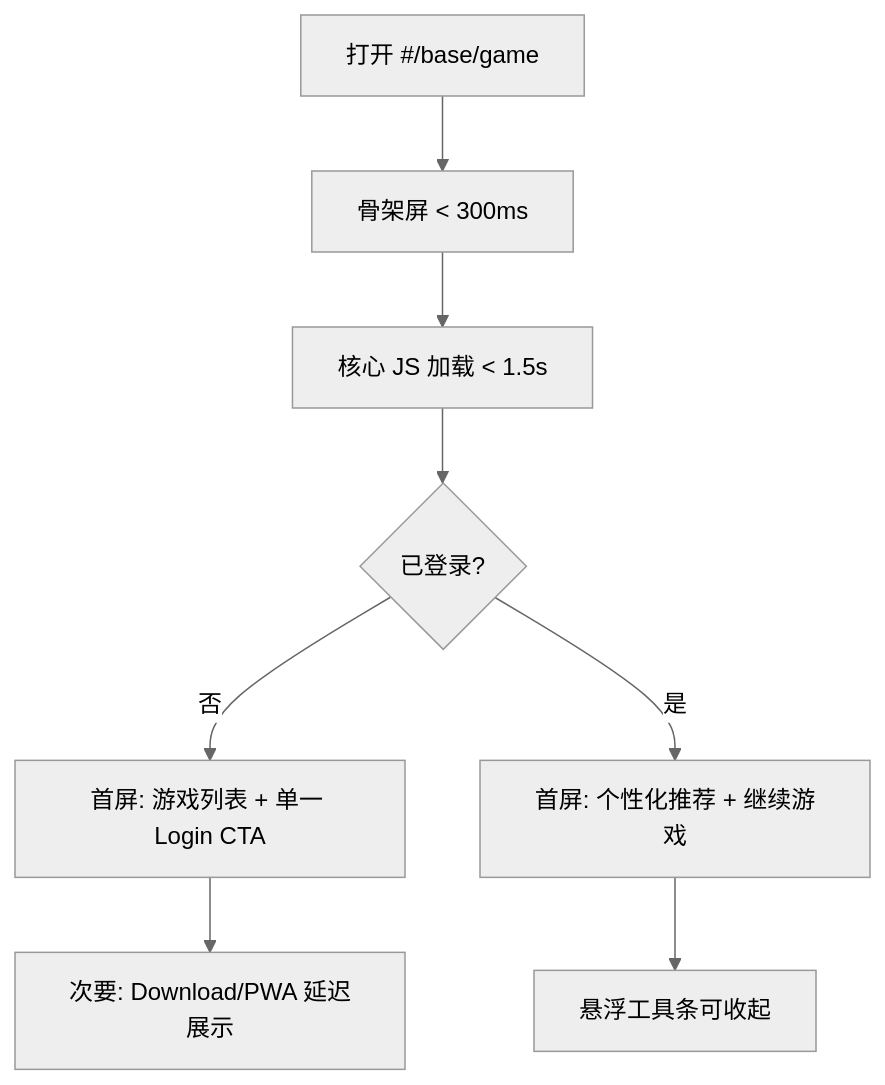
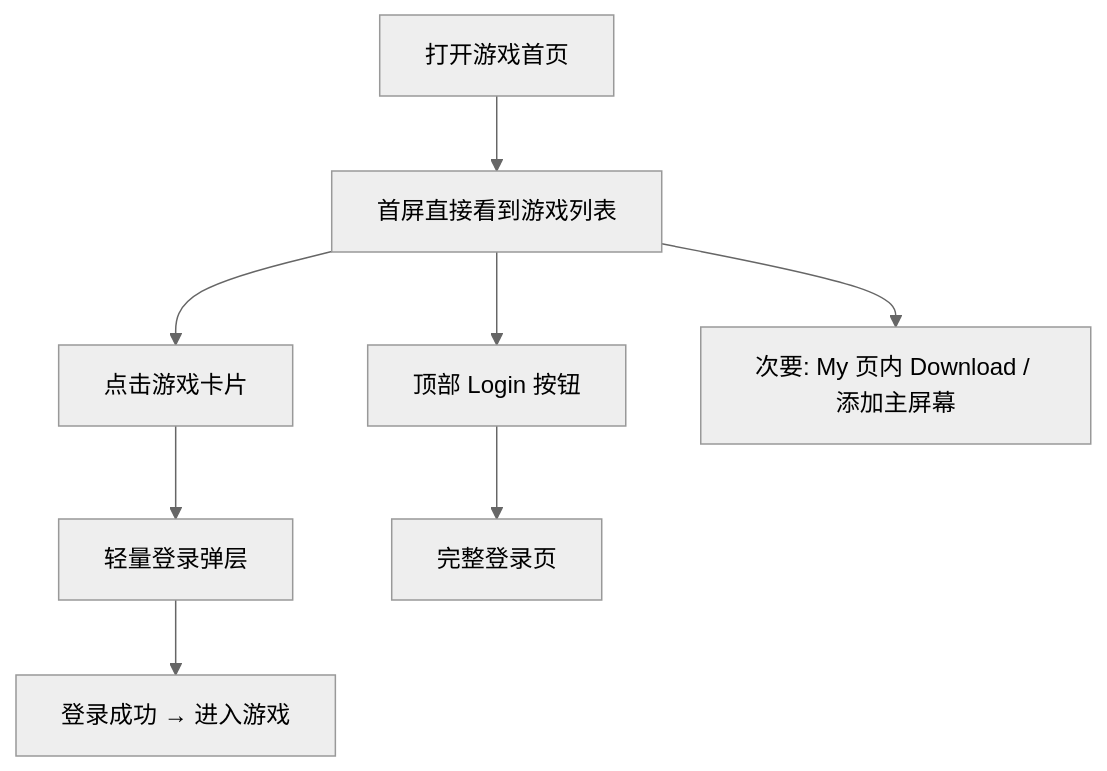
One commit to petty2026/suibian001 changed the second of 2 diagrams in docs/kingkong-review/OPTIMIZATION_REPORT.md. Above: the diagram before and after it, drawn with Mermaid (neutral theme). The commit also changed other lines of this file and 1 other file, not shown here.

````diff
--- a/docs/kingkong-review/OPTIMIZATION_REPORT.md
+++ b/docs/kingkong-review/OPTIMIZATION_REPORT.md
@@ -197,10 +222,10 @@
 ```mermaid
 flowchart TD
-    A[打开 #/base/game] --> B[骨架屏 < 300ms]
-    B --> C[核心 JS 加载 < 1.5s]
-    C --> D{已登录?}
-    D -->|否| E[首屏: 游戏列表 + 单一 Login CTA]
-    D -->|是| F[首屏: 个性化推荐 + 继续游戏]
-    E --> G[次要: Download/PWA 延迟展示]
-    F --> H[悬浮工具条可收起]
+    A[打开游戏首页] --> B[首屏直接看到游戏列表]
+    B --> C[点击游戏卡片]
+    C --> D[轻量登录弹层]
+    D --> E[登录成功 → 进入游戏]
+    B --> F[顶部 Login 按钮]
+    F --> G[完整登录页]
+    B --> H[次要: My 页内 Download / 添加主屏幕]
 ```
````
